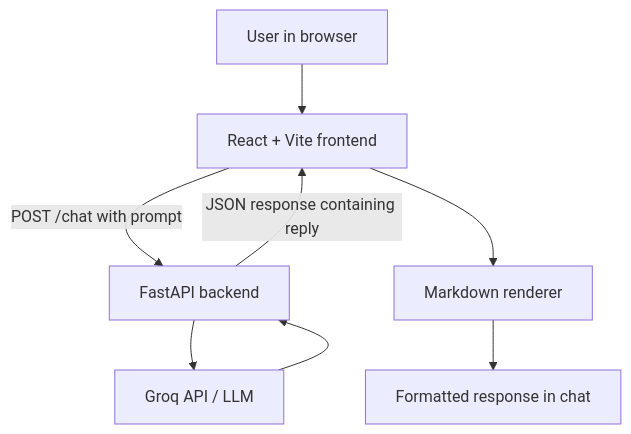
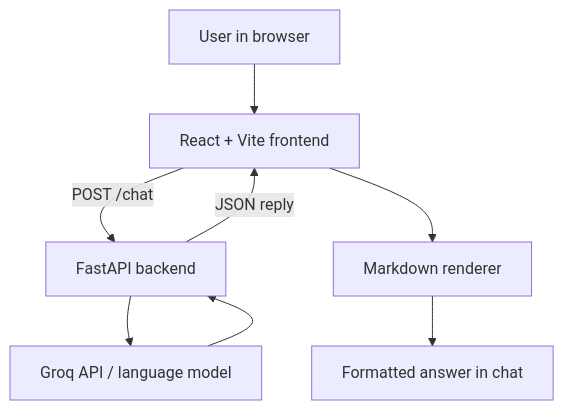
The diagram in README.md (PawarManish/nova-ai-chatbot), drawn with Mermaid before and after one commit. The commit also changed other lines of this file, not shown here.

````diff
--- a/README.md
+++ b/README.md
@@ -85,10 +77,10 @@
-```mermaid
+``` mermaid
 flowchart TD
     A[User in browser] --> B[React + Vite frontend]
-    B -->|POST /chat with prompt| C[FastAPI backend]
-    C --> D[Groq API / LLM]
+    B -->|POST /chat| C[FastAPI backend]
+    C --> D[Groq API / language model]
     D --> C
-    C -->|JSON response containing reply| B
+    C -->|JSON reply| B
     B --> E[Markdown renderer]
-    E --> F[Formatted response in chat]
+    E --> F[Formatted answer in chat]
 ```
````
